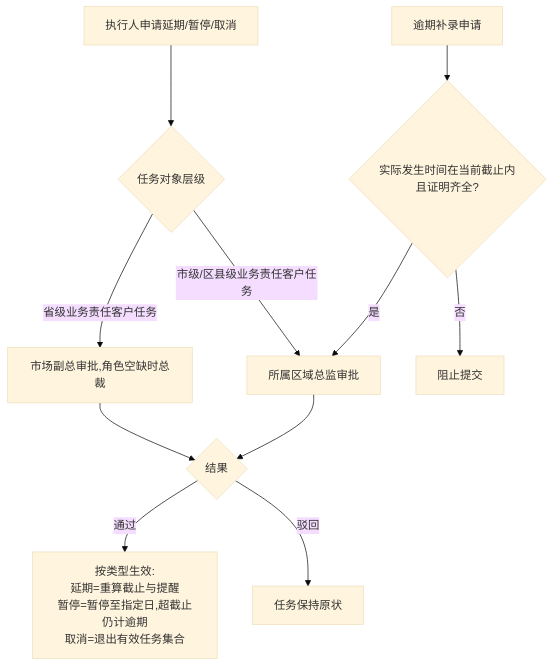
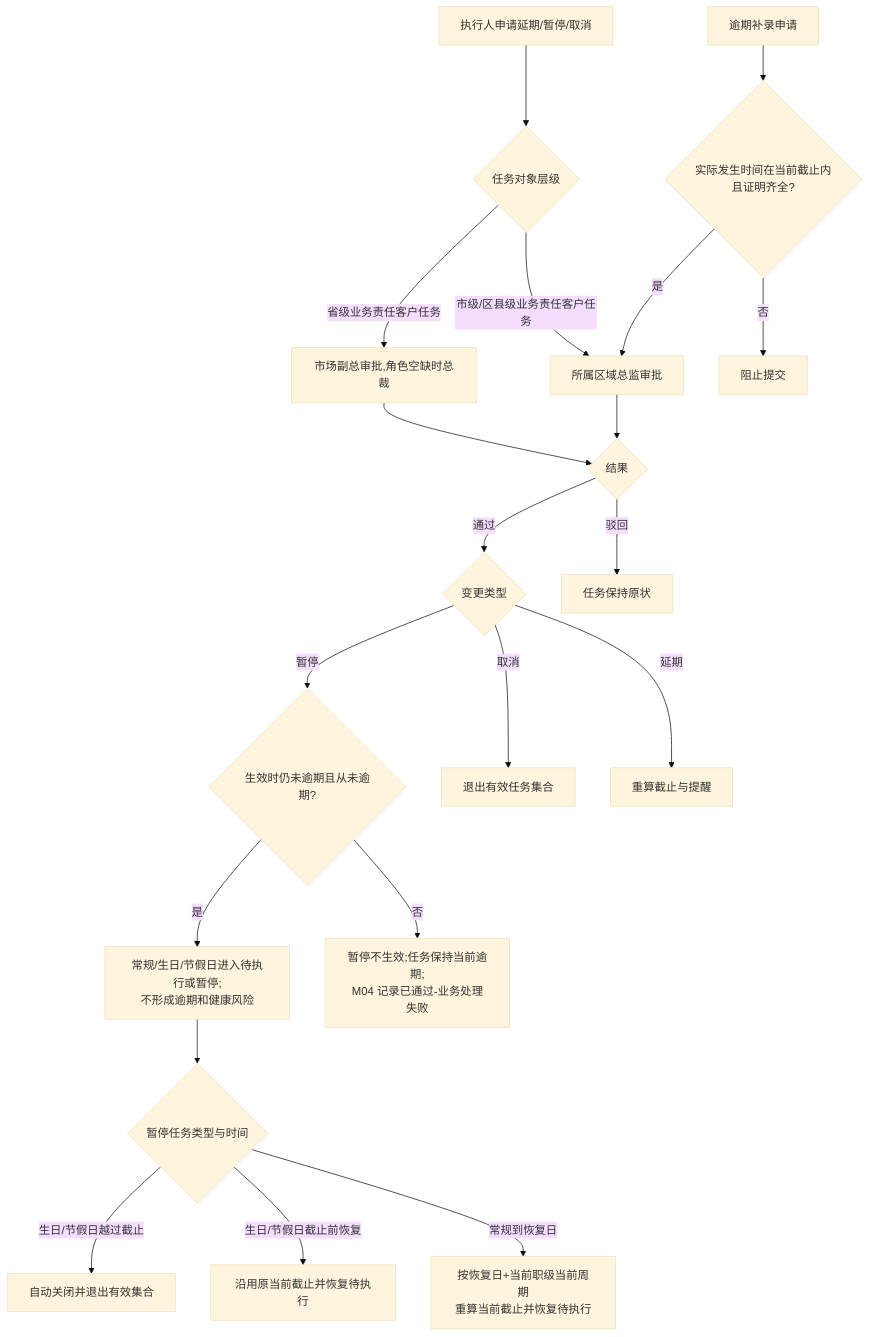
One commit to Joker-1030/Yingjia-Internal-Management-System changed the diagram in prd-workspace/current/user-flows/FLOW-03-M03-task-exception.md. Above: the diagram before and after it, drawn with Mermaid (base theme). The commit also changed other lines of this file and 43 other files, not shown here.

````diff
--- a/prd-workspace/current/user-flows/FLOW-03-M03-task-exception.md
+++ b/prd-workspace/current/user-flows/FLOW-03-M03-task-exception.md
@@ -8,13 +8,22 @@
 ```mermaid
 flowchart TD
     A[执行人申请延期/暂停/取消] --> B{任务对象层级}
     B -- 市级/区县级业务责任客户任务 --> C[所属区域总监审批]
     B -- 省级业务责任客户任务 --> D[市场副总审批,角色空缺时总裁]
     C --> E{结果}
     D --> E
     E -- 驳回 --> F[任务保持原状]
-    E -- 通过 --> G[按类型生效:<br/>延期=重算截止与提醒<br/>暂停=暂停至指定日,超截止仍计逾期<br/>取消=退出有效任务集合]
-    H[逾期补录申请] --> I{实际发生时间在当前截止内且证明齐全?}
-    I -- 否 --> J[阻止提交]
-    I -- 是 --> C
+    E -- 通过 --> G{变更类型}
+    G -- 延期 --> H[重算截止与提醒]
+    G -- 取消 --> I[退出有效任务集合]
+    G -- 暂停 --> J{生效时仍未逾期且从未逾期?}
+    J -- 否 --> K[暂停不生效;任务保持当前逾期;<br/>M04 记录已通过-业务处理失败]
+    J -- 是 --> L[常规/生日/节假日进入待执行或暂停;<br/>不形成逾期和健康风险]
+    L --> M{暂停任务类型与时间}
+    M -- 常规到恢复日 --> N[按恢复日+当前职级当前周期<br/>重算当前截止并恢复待执行]
+    M -- 生日/节假日截止前恢复 --> O[沿用原当前截止并恢复待执行]
+    M -- 生日/节假日越过截止 --> P[自动关闭并退出有效集合]
+    Q[逾期补录申请] --> R{实际发生时间在当前截止内且证明齐全?}
+    R -- 否 --> S[阻止提交]
+    R -- 是 --> C
 ```
````
